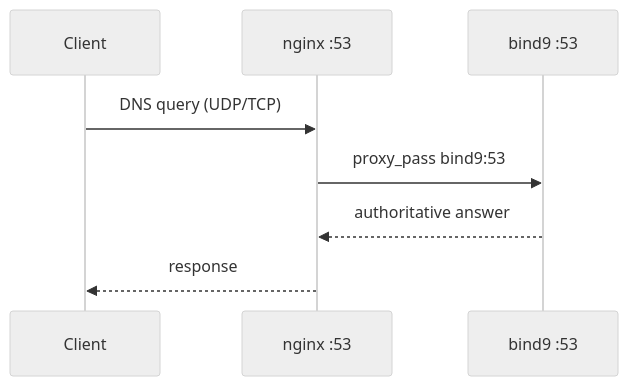
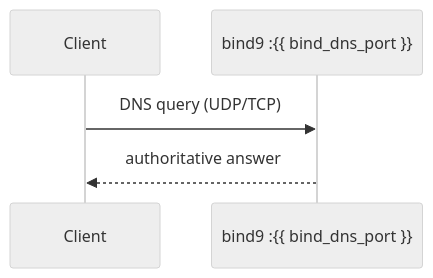
The second of 3 diagrams in docs/architecture.md (archdukejim/core-template), drawn with Mermaid (neutral theme) before and after one commit. The commit also changed other lines of this file and 9 other files, not shown here.

Commit message:
refactor: remove Nginx DNS proxying to allow BIND9 to bind directly to host port 53

````diff
--- a/docs/architecture.md
+++ b/docs/architecture.md
@@ -209,10 +209,7 @@
 ```mermaid
 sequenceDiagram
     participant C as Client
-    participant N as nginx :53
-    participant B as bind9 :53
-    C->>N: DNS query (UDP/TCP)
-    N->>B: proxy_pass bind9:53
-    B-->>N: authoritative answer
-    N-->>C: response
+    participant B as bind9 :{{ bind_dns_port }}
+    C->>B: DNS query (UDP/TCP)
+    B-->>C: authoritative answer
 ```
````
